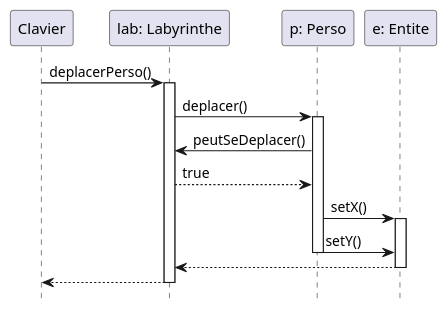
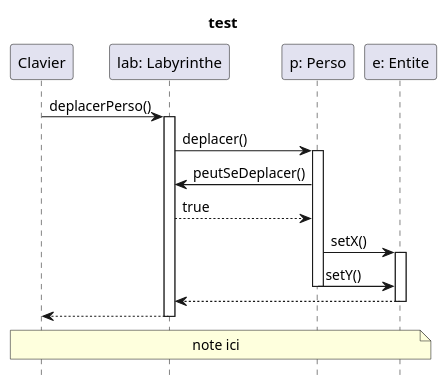
Before and after one commit to Erwanquilliou/2024_Zeldiablo_quilliou2u_leveque58u: the diagram in zeldiablo/documents/version_1/diagseq_deplacer.puml, drawn with PlantUML. The commit also changed 2 other files, not shown here.

```diff
--- a/zeldiablo/documents/version_1/diagseq_deplacer.puml
+++ b/zeldiablo/documents/version_1/diagseq_deplacer.puml
@@ -1,24 +1,31 @@
 @startuml
 hide footbox
+
+title test
 
 participant "Clavier" as c
 participant "lab: Labyrinthe" as l
 participant "p: Perso" as p
 participant "e: Entite" as e
 
 
     c -> l : deplacerPerso()
     activate l
     l -> p : deplacer()
     activate p
     p -> l : peutSeDeplacer()
     l --> p : true
     p -> e : setX()
     activate e
      p -> e : setY()
     deactivate p
     e --> l
     deactivate e
     l--> c
-    deactivate l
+    deactivate
+
+note across
+note ici
+end note
+
 @enduml
```
